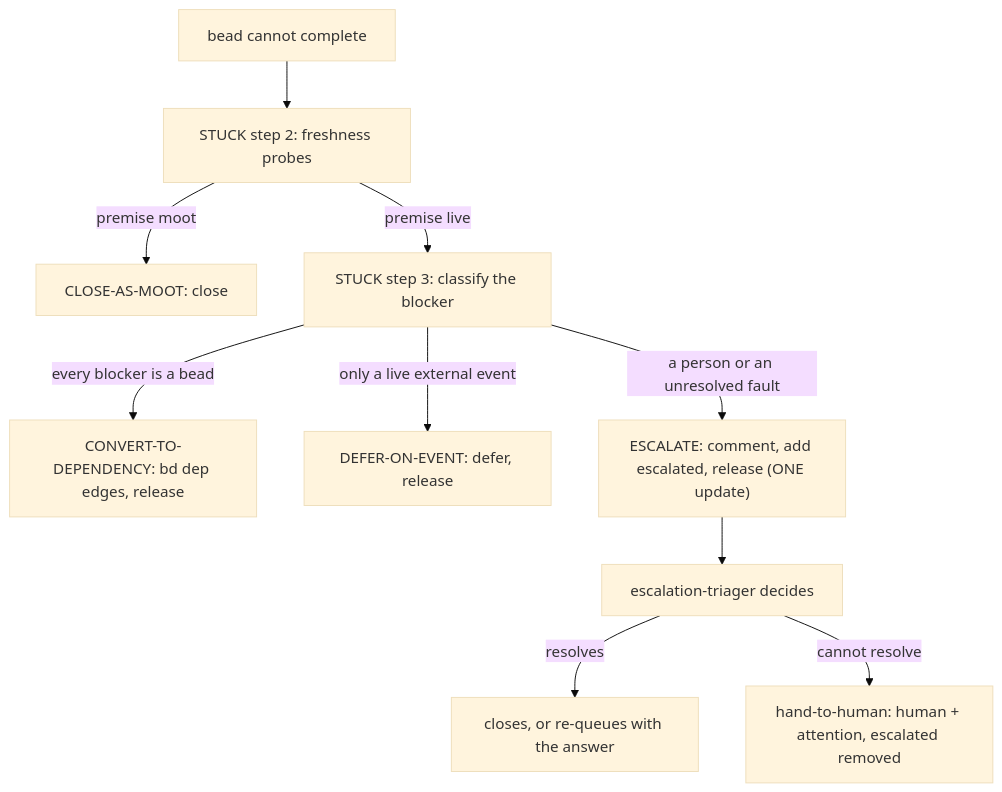
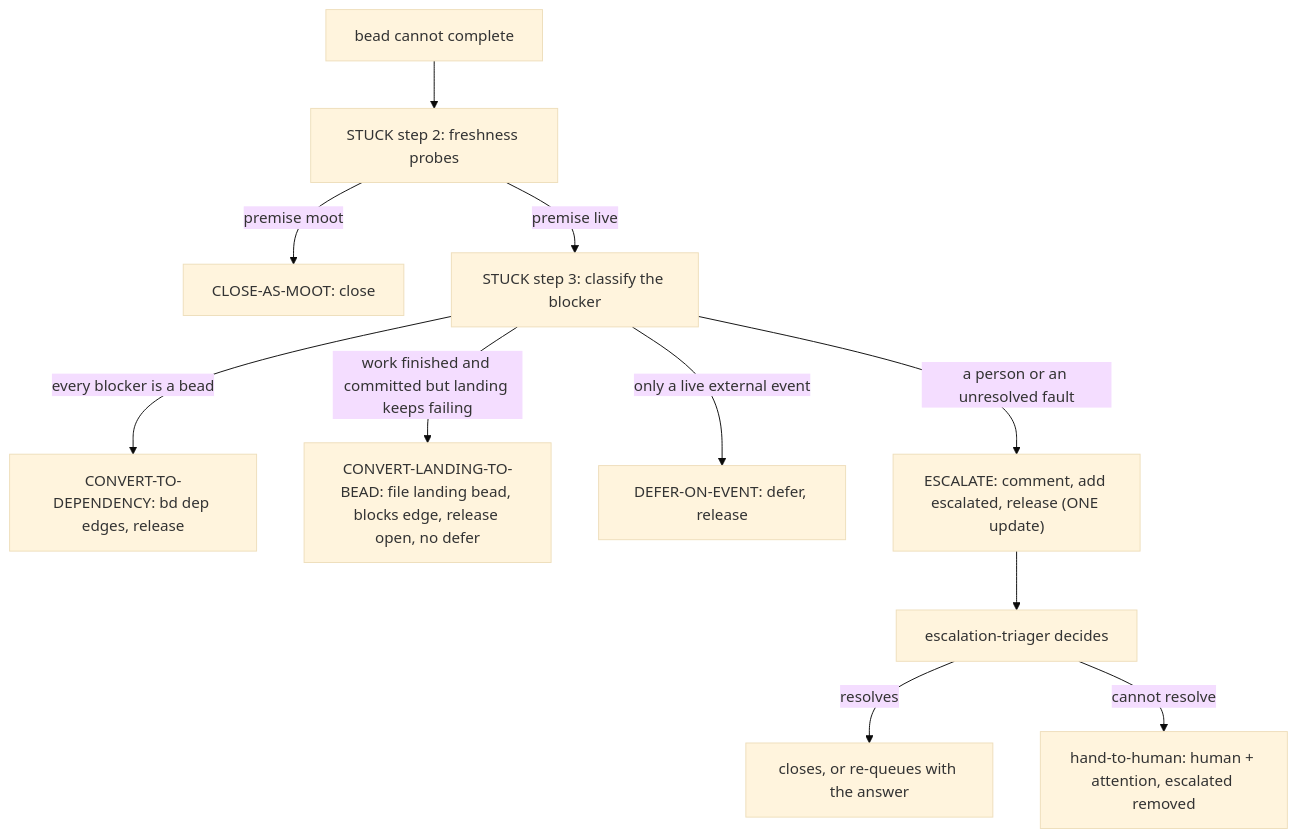
Before and after one commit to phillipgreenii/nix-agent-support: the diagram in claude-marketplace/pb/skills/drain-stuck/SKILL.md, drawn with Mermaid (base theme). The commit also changed other lines of this file and 4 other files, not shown here.

First line of the commit message:
pb:drain-stuck: never defer finished-but-unlanded work; file a blocking landing bead

````diff
--- a/claude-marketplace/pb/skills/drain-stuck/SKILL.md
+++ b/claude-marketplace/pb/skills/drain-stuck/SKILL.md
@@ -31,12 +31,13 @@
 ```mermaid
 flowchart TD
   S["bead cannot complete"] --> F["STUCK step 2: freshness probes"]
   F -->|premise moot| M["CLOSE-AS-MOOT: close"]
   F -->|premise live| C["STUCK step 3: classify the blocker"]
   C -->|every blocker is a bead| D["CONVERT-TO-DEPENDENCY: bd dep edges, release"]
+  C -->|work finished and committed but landing keeps failing| L["CONVERT-LANDING-TO-BEAD: file landing bead, blocks edge, release open, no defer"]
   C -->|only a live external event| E["DEFER-ON-EVENT: defer, release"]
   C -->|a person or an unresolved fault| X["ESCALATE: comment, add escalated, release (ONE update)"]
   X --> T["escalation-triager decides"]
   T -->|resolves| R["closes, or re-queues with the answer"]
   T -->|cannot resolve| H["hand-to-human: human + attention, escalated removed"]
 ```
````
